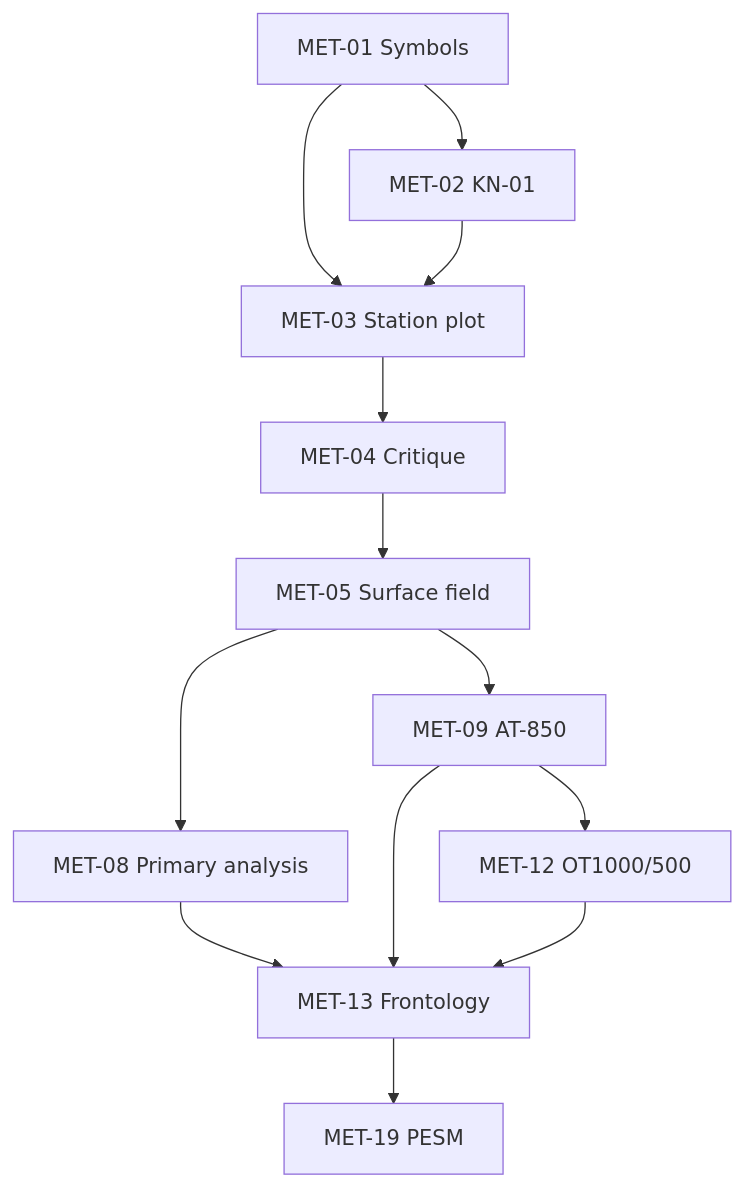
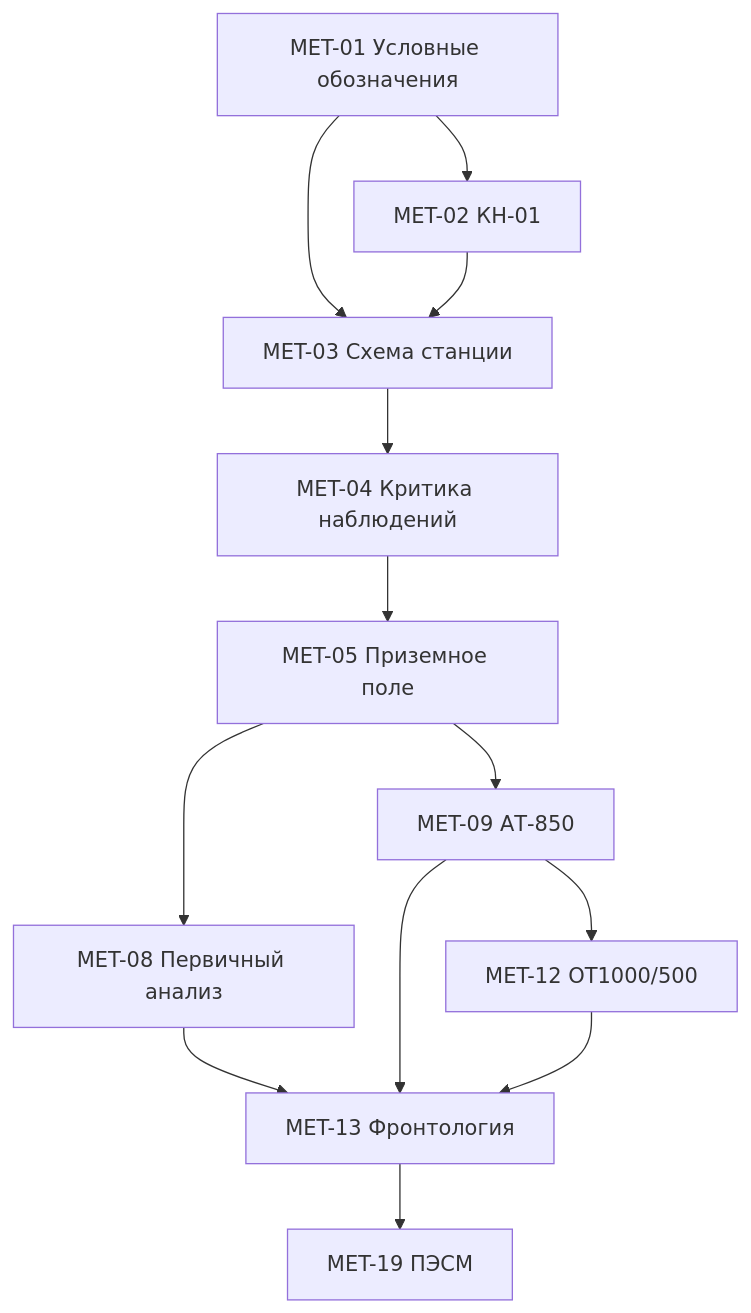
The diagram in docs/meteorology/CONTENT_MODULES.md (f2re/synopsis_game), drawn with Mermaid before and after one commit. The commit also changed other lines of this file, not shown here.

````diff
--- a/docs/meteorology/CONTENT_MODULES.md
+++ b/docs/meteorology/CONTENT_MODULES.md
@@ -34,15 +36,15 @@
 ```mermaid
 flowchart TD
-  A[MET-01 Symbols] --> B[MET-02 KN-01]
-  A --> C[MET-03 Station plot]
+  A[MET-01 Условные обозначения] --> B[MET-02 КН-01]
+  A --> C[MET-03 Схема станции]
   B --> C
-  C --> D[MET-04 Critique]
-  D --> E[MET-05 Surface field]
-  E --> F[MET-08 Primary analysis]
-  E --> G[MET-09 AT-850]
-  G --> H[MET-12 OT1000/500]
-  F --> I[MET-13 Frontology]
+  C --> D[MET-04 Критика наблюдений]
+  D --> E[MET-05 Приземное поле]
+  E --> F[MET-08 Первичный анализ]
+  E --> G[MET-09 АТ-850]
+  G --> H[MET-12 ОТ1000/500]
+  F --> I[MET-13 Фронтология]
   G --> I
   H --> I
-  I --> J[MET-19 PESM]
+  I --> J[MET-19 ПЭСМ]
 ```
````
